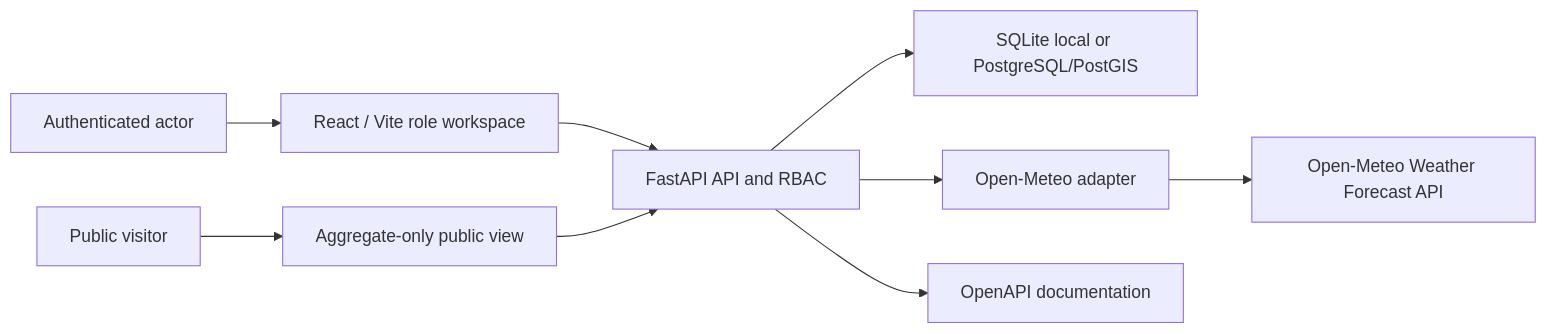
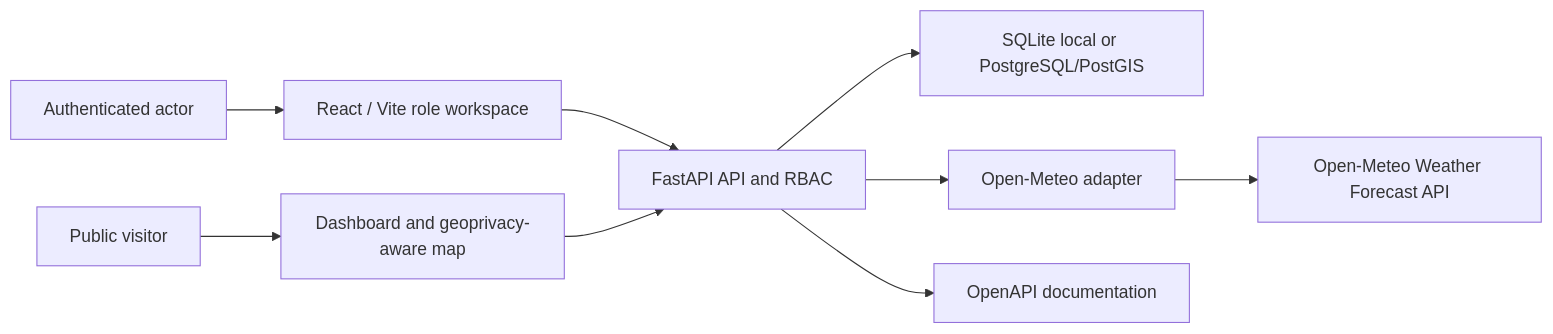
One commit to Carlos-Hub1111/infinity-atlas-climate-health-mrv changed the first of 2 diagrams in docs/architecture.md. Above: the diagram before and after it, drawn with Mermaid. The commit also changed other lines of this file and 24 other files, not shown here.

Commit message:
Complete Sprint 1C-B map and geoprivacy

````diff
--- a/docs/architecture.md
+++ b/docs/architecture.md
@@ -16,11 +17,11 @@
 ```mermaid
 flowchart LR
     Actor["Authenticated actor"] --> UI["React / Vite role workspace"]
-    Public["Public visitor"] --> Aggregate["Aggregate-only public view"]
+    Public["Public visitor"] --> Aggregate["Dashboard and geoprivacy-aware map"]
     UI --> API["FastAPI API and RBAC"]
     Aggregate --> API
     API --> DB["SQLite local or PostgreSQL/PostGIS"]
     API --> Climate["Open-Meteo adapter"]
     Climate --> Provider["Open-Meteo Weather Forecast API"]
     API --> OpenAPI["OpenAPI documentation"]
 ```
````
